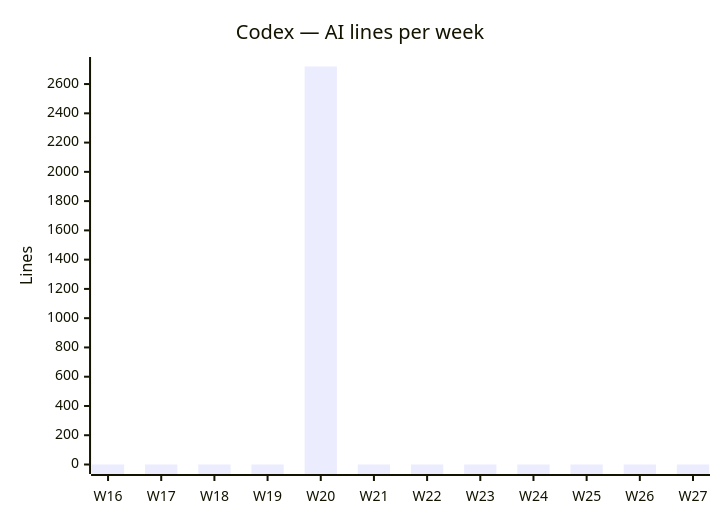
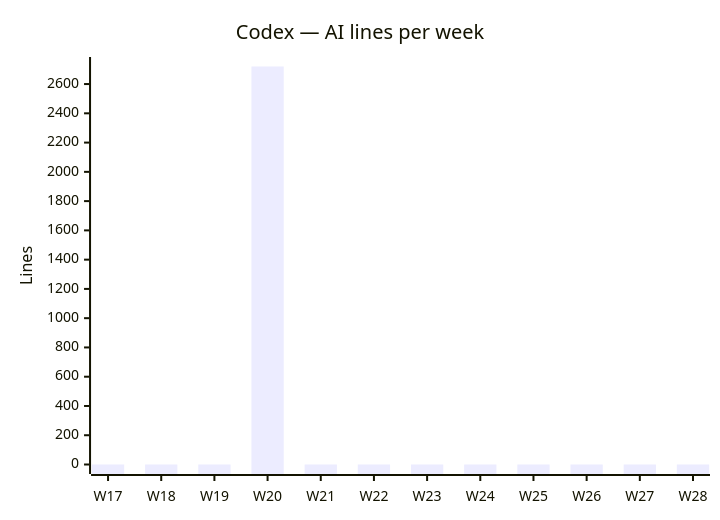
Before and after one commit to fromwaydowntown/ai-use: the third of 4 diagrams in docs/AI_USAGE.md, drawn with Mermaid. The commit also changed other lines of this file, not shown here.

````diff
--- a/docs/AI_USAGE.md
+++ b/docs/AI_USAGE.md
@@ -39,7 +39,7 @@
 ```mermaid
 xychart-beta
     title "Codex — AI lines per week"
-    x-axis ["W16", "W17", "W18", "W19", "W20", "W21", "W22", "W23", "W24", "W25", "W26", "W27"]
+    x-axis ["W17", "W18", "W19", "W20", "W21", "W22", "W23", "W24", "W25", "W26", "W27", "W28"]
     y-axis "Lines"
-    bar [0, 0, 0, 0, 2720, 0, 0, 0, 0, 0, 0, 0]
+    bar [0, 0, 0, 2720, 0, 0, 0, 0, 0, 0, 0, 0]
 ```
````
